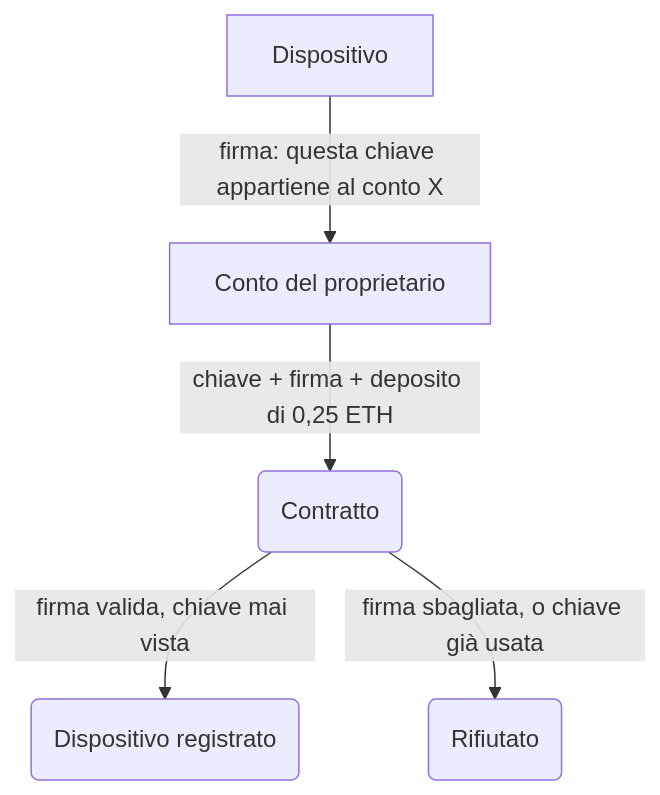
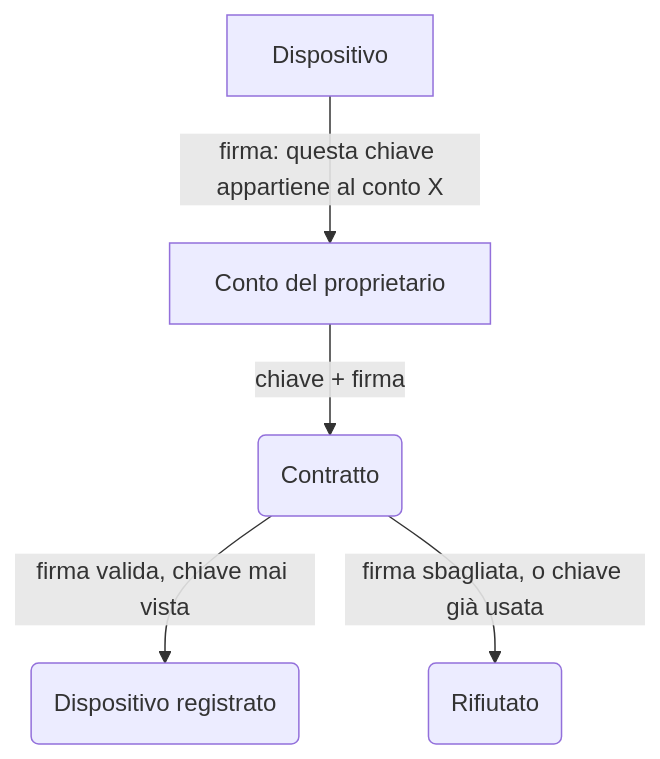
One commit to VincenzoImp/ixh26-paprika changed the first of 3 diagrams in docs/1-come-funziona.md. Above: the diagram before and after it, drawn with Mermaid. The commit also changed other lines of this file and 16 other files, not shown here.

````diff
--- a/docs/1-come-funziona.md
+++ b/docs/1-come-funziona.md
@@ -43,7 +50,7 @@
 ```mermaid
 flowchart TD
     Dev[Dispositivo] -->|"firma: questa chiave appartiene al conto X"| Acc[Conto del proprietario]
-    Acc -->|"chiave + firma + deposito di 0,25 ETH"| Contract(Contratto)
+    Acc -->|"chiave + firma"| Contract(Contratto)
     Contract -->|"firma valida, chiave mai vista"| Ok(Dispositivo registrato)
     Contract -->|"firma sbagliata, o chiave già usata"| No(Rifiutato)
 ```
````
